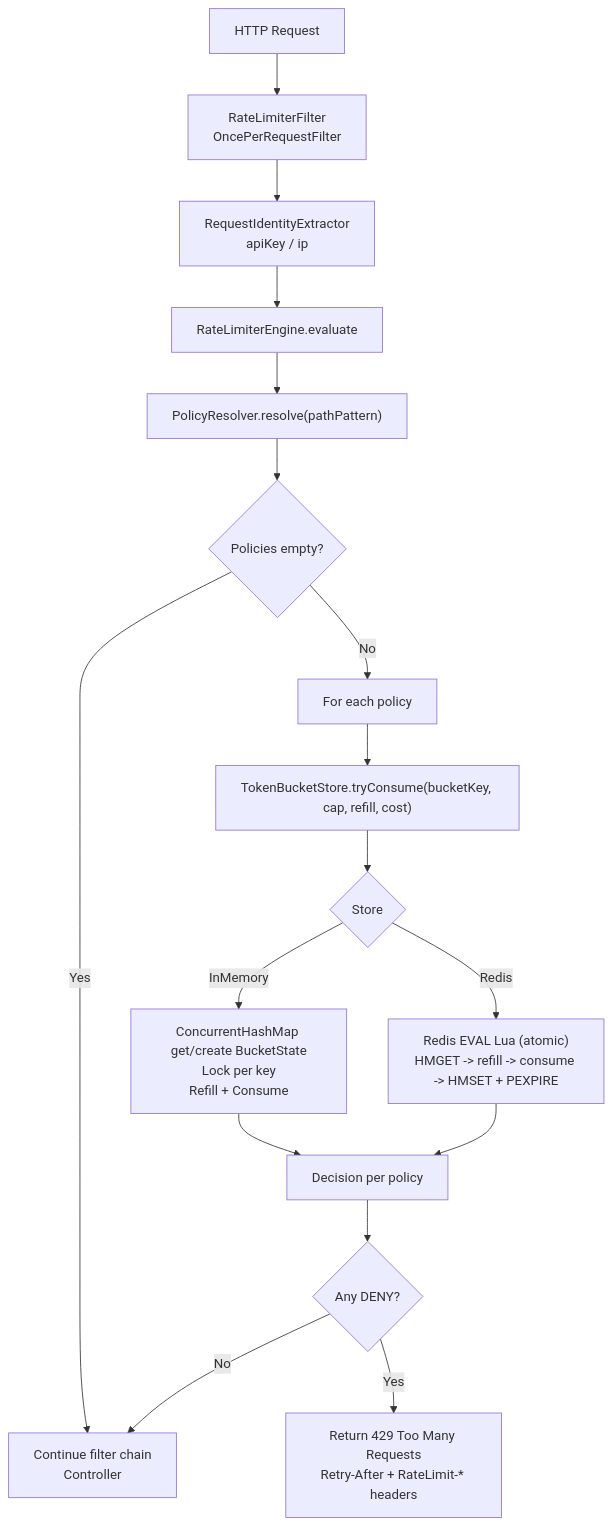
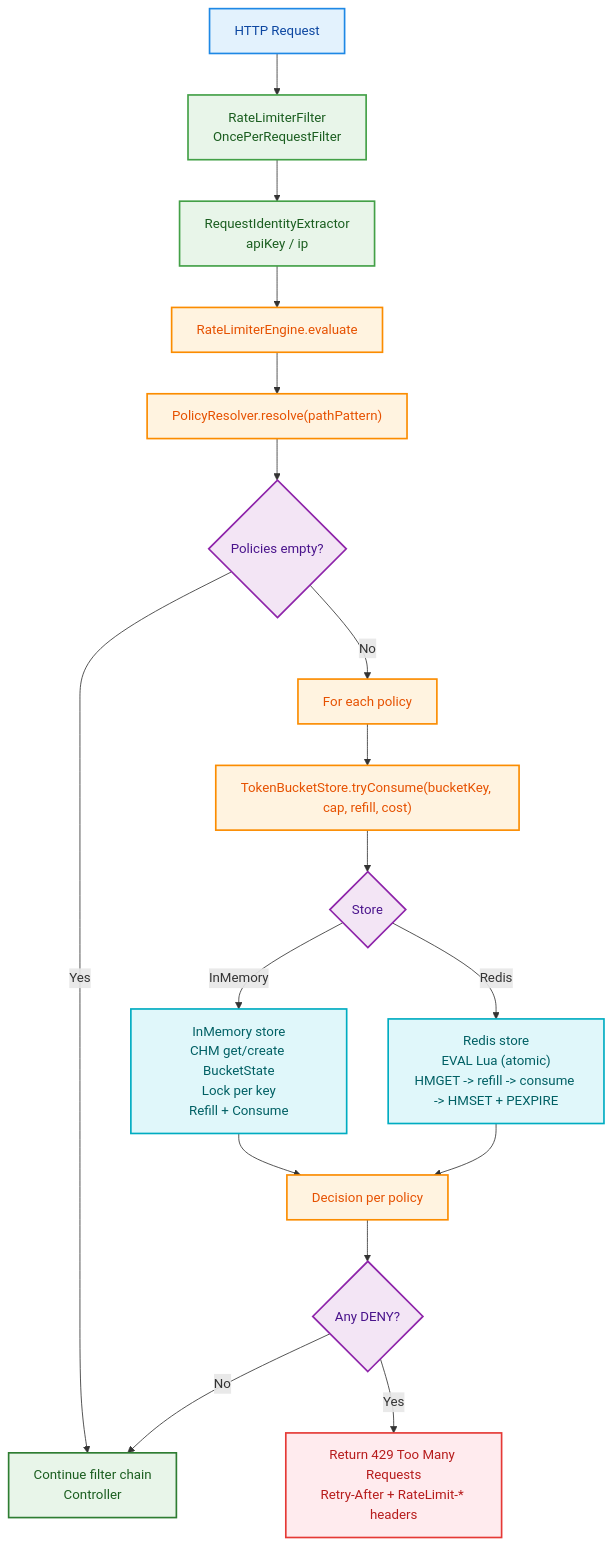
Before and after one commit to BelenTripodi/rate-limiter-iol: the diagram in DESIGN.md, drawn with Mermaid.

Commit message:
add color in diagram

````diff
--- a/DESIGN.md
+++ b/DESIGN.md
@@ -59,24 +59,42 @@
 ```mermaid
 flowchart TD
   A["HTTP Request"] --> B["RateLimiterFilter<br>OncePerRequestFilter"]
   B --> C["RequestIdentityExtractor<br>apiKey / ip"]
   C --> D["RateLimiterEngine.evaluate"]
   D --> E["PolicyResolver.resolve(pathPattern)"]
   E --> F{"Policies empty?"}
 
   F -->|Yes| Z["Continue filter chain<br>Controller"]
   F -->|No| G["For each policy"]
   G --> H["TokenBucketStore.tryConsume(bucketKey, cap, refill, cost)"]
 
   H --> I{"Store"}
-  I -->|InMemory| J["ConcurrentHashMap get/create BucketState<br>Lock per key<br>Refill + Consume"]
-  I -->|Redis| K["Redis EVAL Lua (atomic)<br>HMGET -> refill -> consume -> HMSET + PEXPIRE"]
+  I -->|InMemory| J["InMemory store<br>CHM get/create BucketState<br>Lock per key<br>Refill + Consume"]
+  I -->|Redis| K["Redis store<br>EVAL Lua (atomic)<br>HMGET -> refill -> consume -> HMSET + PEXPIRE"]
 
   J --> L["Decision per policy"]
   K --> L
 
   L --> M{"Any DENY?"}
   M -->|Yes| N["Return 429 Too Many Requests<br>Retry-After + RateLimit-* headers"]
   M -->|No| Z
 
+  %% ===== Colors =====
+  classDef entry fill:#E3F2FD,stroke:#1E88E5,stroke-width:2px,color:#0D47A1;
+  classDef edge fill:#E8F5E9,stroke:#43A047,stroke-width:2px,color:#1B5E20;
+  classDef core fill:#FFF3E0,stroke:#FB8C00,stroke-width:2px,color:#E65100;
+  classDef decision fill:#F3E5F5,stroke:#8E24AA,stroke-width:2px,color:#4A148C;
+  classDef store fill:#E0F7FA,stroke:#00ACC1,stroke-width:2px,color:#006064;
+  classDef ok fill:#E8F5E9,stroke:#2E7D32,stroke-width:2px,color:#1B5E20;
+  classDef deny fill:#FFEBEE,stroke:#E53935,stroke-width:2px,color:#B71C1C;
+
+  class A entry;
+  class B,C edge;
+  class D,E,G,H,L core;
+  class F,I,M decision;
+  class J,K store;
+  class Z ok;
+  class N deny;
+
+
 ```
````
